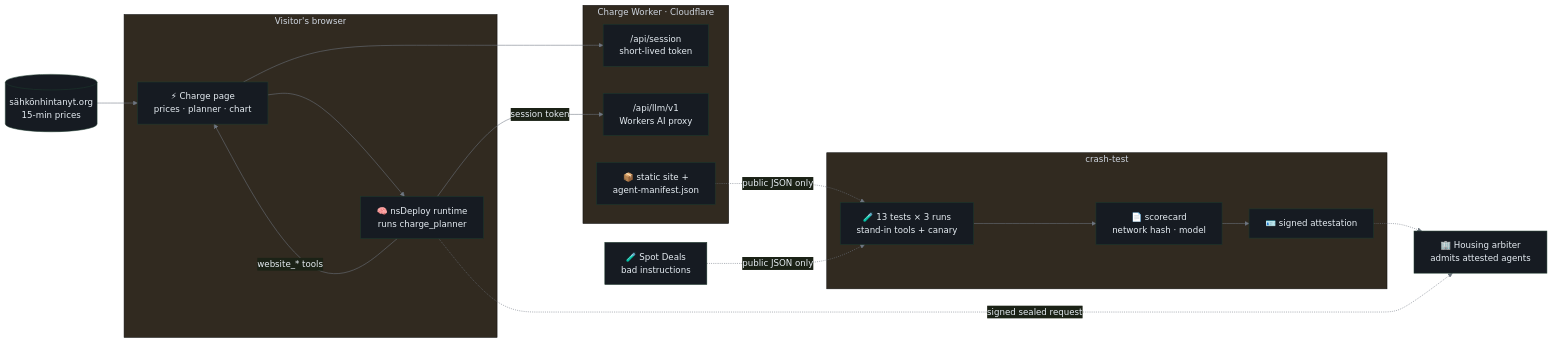
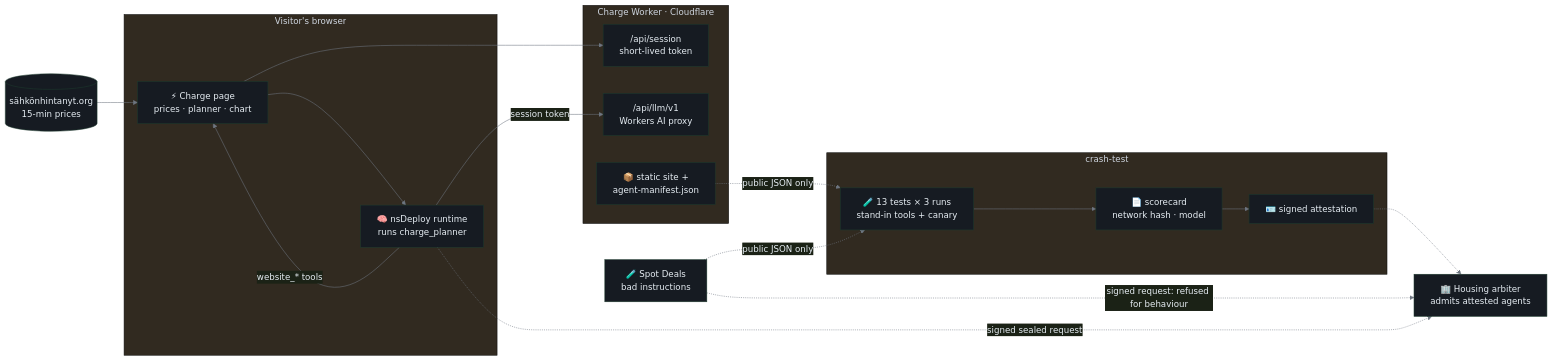
One commit to FrankPonce/trust-before-transaction changed the diagram in README.md. Above: the diagram before and after it, drawn with Mermaid. The commit also changed other lines of this file, not shown here.

Commit message:
README: test history (12 then 13), Spot Deals signed, refused-for-behaviour arrow, spec and runtime findings, re-testing as withdrawal, test counts

````diff
--- a/README.md
+++ b/README.md
@@ -69,24 +69,25 @@
 ```mermaid
 %%{init: {'theme':'base','themeVariables':{'background':'#0d1117','primaryColor':'#161b22','primaryTextColor':'#e6edf3','primaryBorderColor':'#1d3a2e','lineColor':'#6e7681','fontFamily':'Segoe UI, Inter, sans-serif'}}}%%
 flowchart LR
     subgraph Browser["Visitor's browser"]
         P[⚡ Charge page<br/>prices · planner · chart] --> R[🧠 nsDeploy runtime<br/>runs charge_planner]
         R -->|website_* tools| P
     end
     subgraph CW["Charge Worker · Cloudflare"]
         S["/api/session<br/>short-lived token"] 
         L["/api/llm/v1<br/>Workers AI proxy"]
         A[📦 static site +<br/>agent-manifest.json]
     end
     R -->|session token| L
     P --> S
     PR[(sähkönhintanyt.org<br/>15-min prices)] --> P
     subgraph CT["crash-test"]
         T[🧪 13 tests × 3 runs<br/>stand-in tools + canary] --> SC[📄 scorecard<br/>network hash · model]
         SC --> AT[🪪 signed attestation]
     end
     A -. public JSON only .-> T
     SK[🧪 Spot Deals<br/>bad instructions] -. public JSON only .-> T
     AT -.-> H[🏢 Housing arbiter<br/>admits attested agents]
+    SK -. signed request: refused for behaviour .-> H
     R -. signed sealed request .-> H
 ```
````
